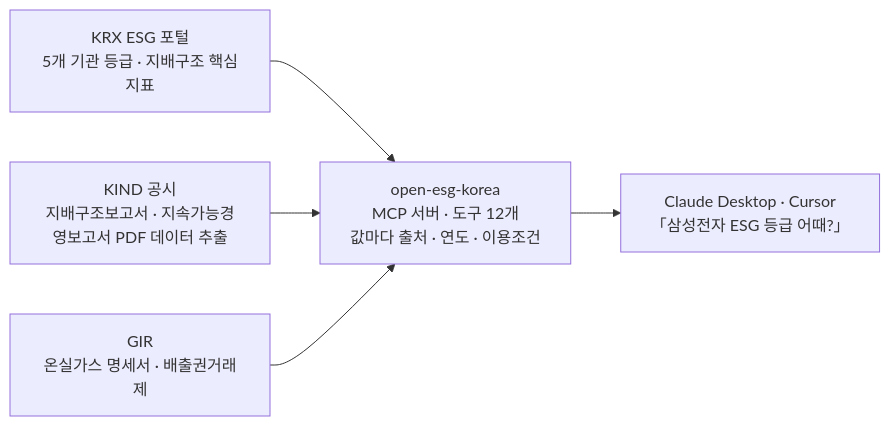
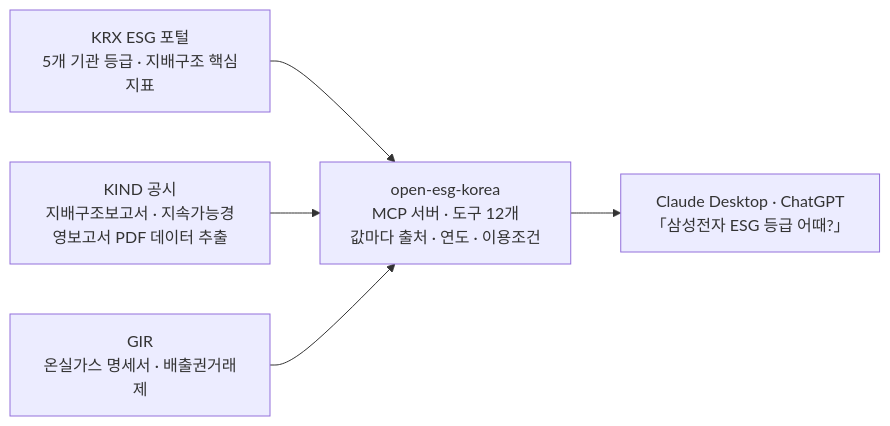
Before and after one commit to MarcoYou/open-esg-korea: the diagram in README.md, drawn with Mermaid.

````diff
--- a/README.md
+++ b/README.md
@@ -37,7 +37,7 @@
 ```mermaid
 flowchart LR
     A["KRX ESG 포털<br/>5개 기관 등급 · 지배구조 핵심지표"] --> S
     B["KIND 공시<br/>지배구조보고서 · 지속가능경영보고서 PDF 데이터 추출"] --> S
     C["GIR<br/>온실가스 명세서 · 배출권거래제"] --> S
-    S["open-esg-korea<br/>MCP 서버 · 도구 12개<br/>값마다 출처 · 연도 · 이용조건"] --> D["Claude Desktop · Cursor<br/>「삼성전자 ESG 등급 어때?」"]
+    S["open-esg-korea<br/>MCP 서버 · 도구 12개<br/>값마다 출처 · 연도 · 이용조건"] --> D["Claude Desktop · ChatGPT<br/>「삼성전자 ESG 등급 어때?」"]
 ```
````
